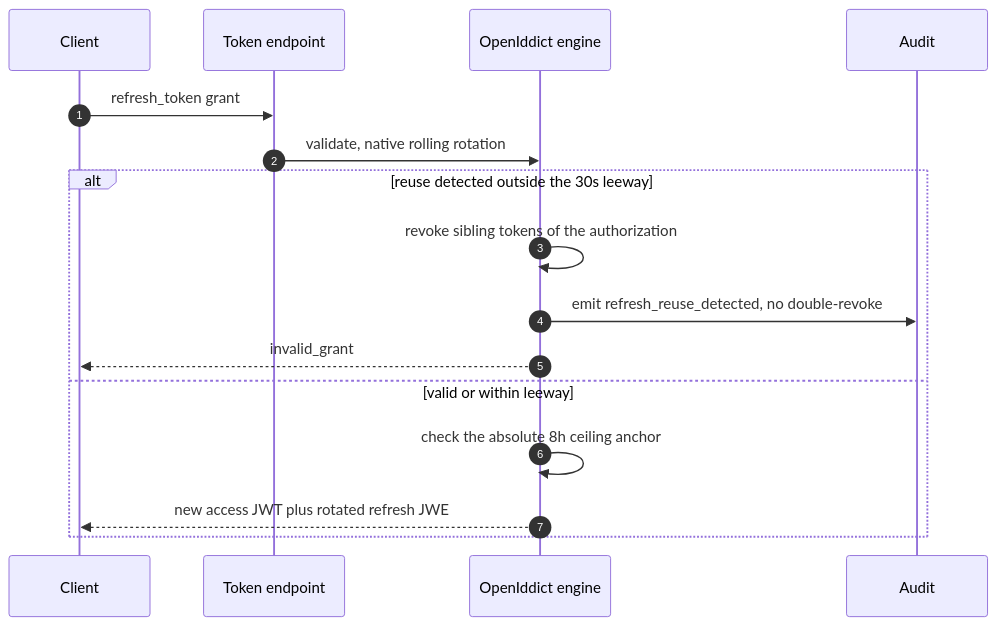
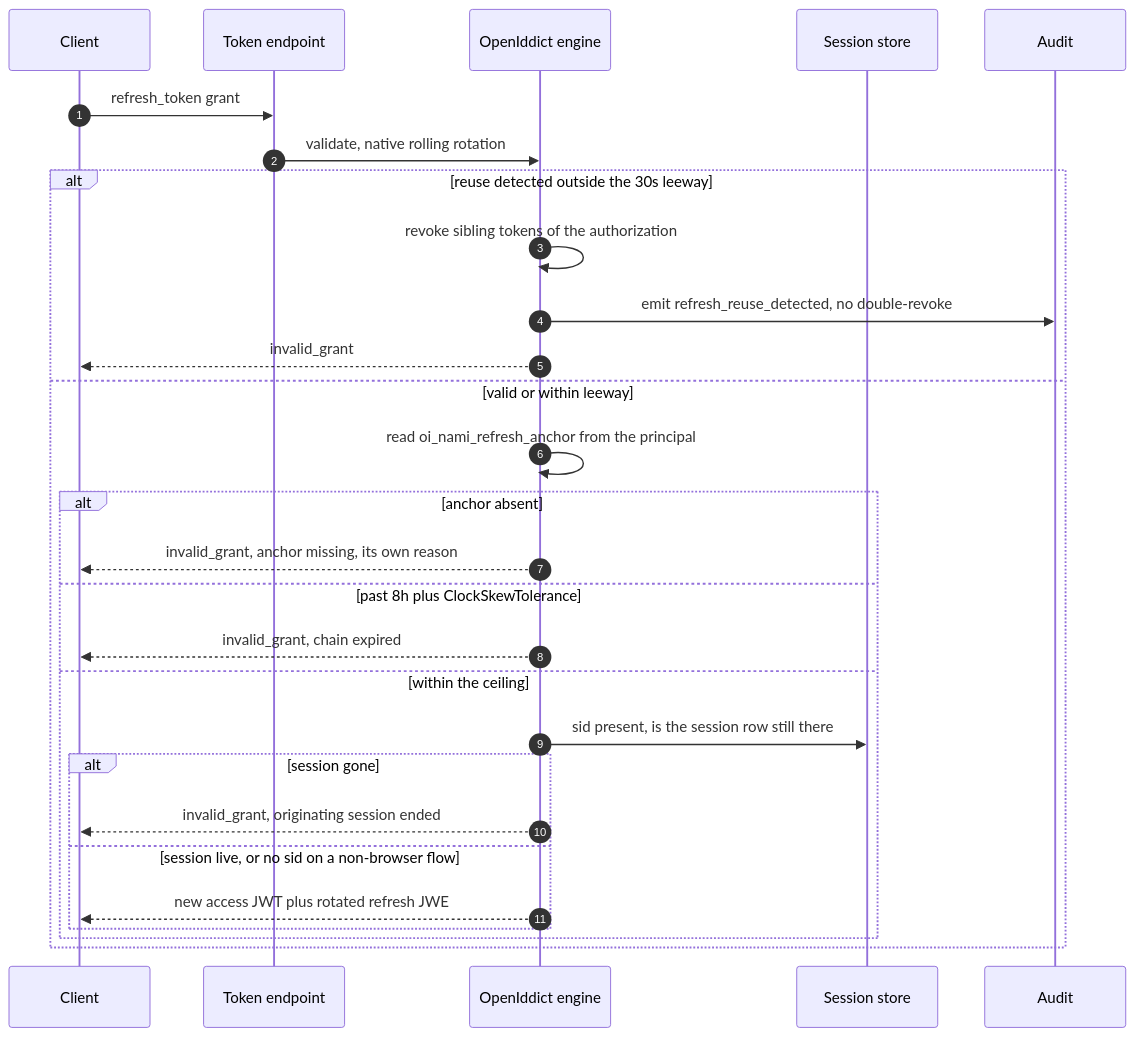
Before and after one commit to namphuongtran/nami: the fourth of 10 diagrams in docs/design/04-core-protocol.md, drawn with Mermaid. The commit also changed other lines of this file and 10 other files, not shown here.

````diff
--- a/docs/design/04-core-protocol.md
+++ b/docs/design/04-core-protocol.md
@@ -380,18 +446,30 @@
 ```mermaid
 sequenceDiagram
   autonumber
   participant C as Client
   participant T as Token endpoint
   participant Eng as OpenIddict engine
+  participant SS as Session store
   participant AL as Audit
   C->>T: refresh_token grant
   T->>Eng: validate, native rolling rotation
   alt reuse detected outside the 30s leeway
     Eng->>Eng: revoke sibling tokens of the authorization
     Eng->>AL: emit refresh_reuse_detected, no double-revoke
     Eng-->>C: invalid_grant
   else valid or within leeway
-    Eng->>Eng: check the absolute 8h ceiling anchor
-    Eng-->>C: new access JWT plus rotated refresh JWE
+    Eng->>Eng: read oi_nami_refresh_anchor from the principal
+    alt anchor absent
+      Eng-->>C: invalid_grant, anchor missing, its own reason
+    else past 8h plus ClockSkewTolerance
+      Eng-->>C: invalid_grant, chain expired
+    else within the ceiling
+      Eng->>SS: sid present, is the session row still there
+      alt session gone
+        Eng-->>C: invalid_grant, originating session ended
+      else session live, or no sid on a non-browser flow
+        Eng-->>C: new access JWT plus rotated refresh JWE
+      end
+    end
   end
 ```
````
